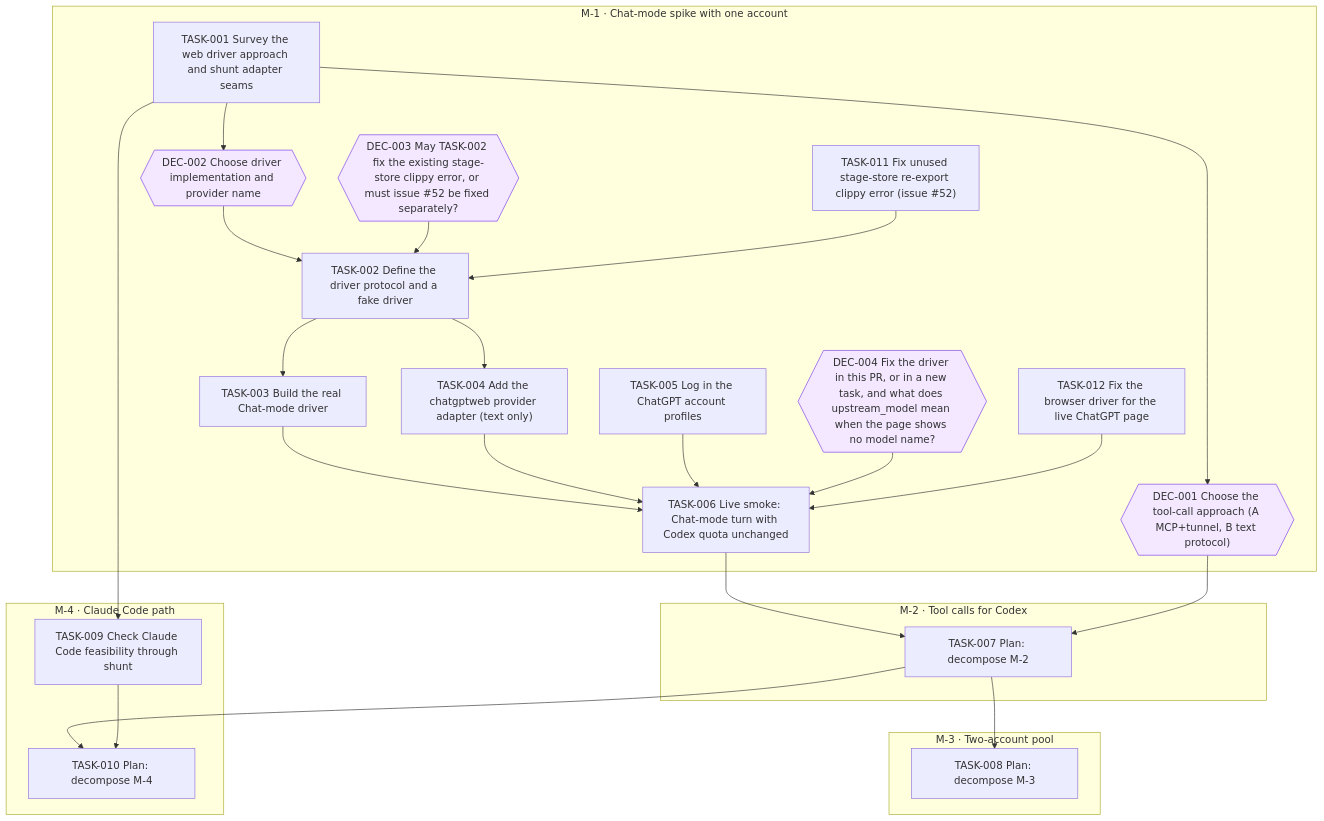
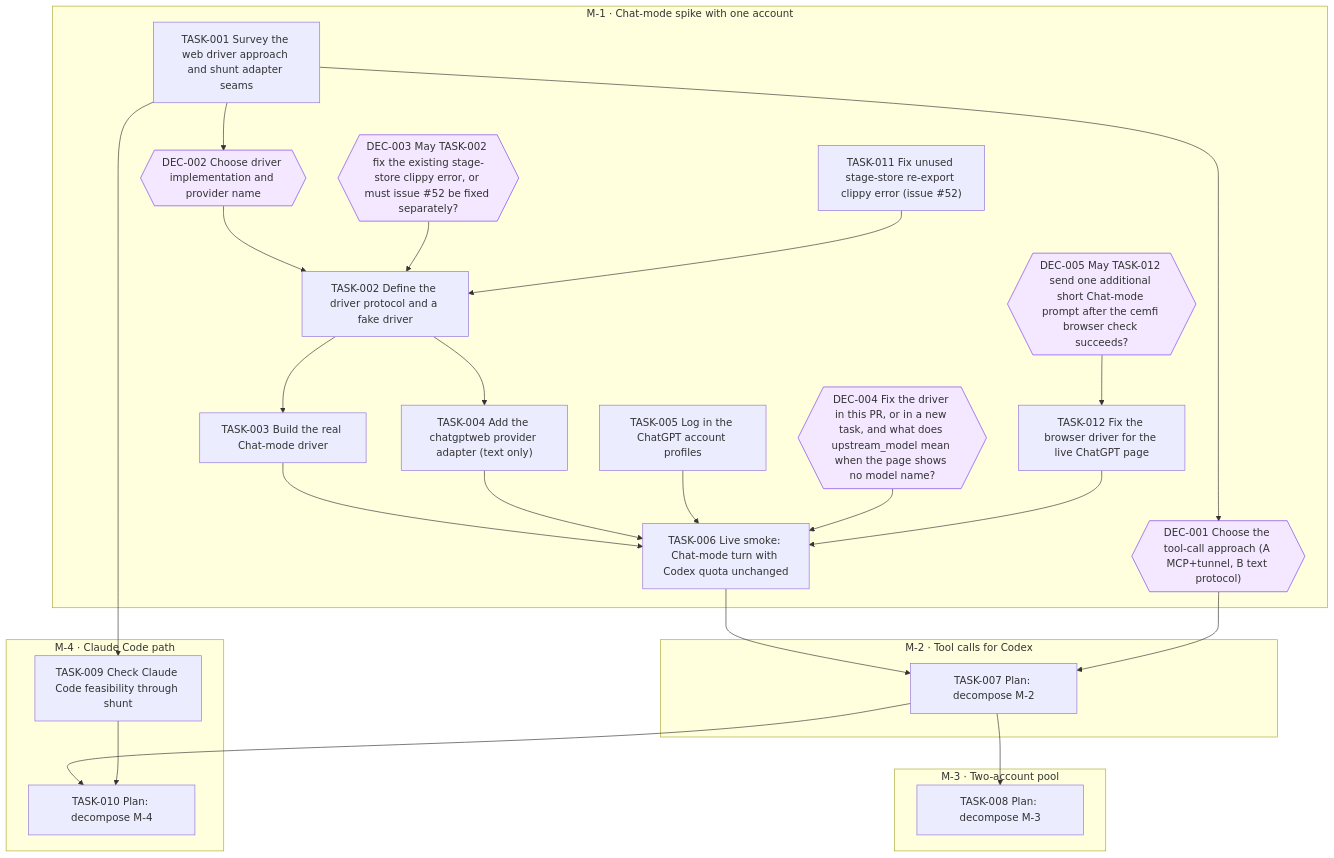
Before and after one commit to jesusvillota/shunt: the diagram in goals/chatgptweb-provider/README.md, drawn with Mermaid. The commit also changed 3 other files, not shown here.

Commit message:
goal(chatgptweb-provider): request DEC-005 from TASK-012

````diff
--- a/goals/chatgptweb-provider/README.md
+++ b/goals/chatgptweb-provider/README.md
@@ -132,52 +132,55 @@
 ```mermaid
 flowchart TD
   subgraph M_1["M-1 · Chat-mode spike with one account"]
     DEC_001{{"DEC-001 Choose the tool-call approach (A MCP+tunnel, B text protocol)"}}
     DEC_002{{"DEC-002 Choose driver implementation and provider name"}}
     DEC_003{{"DEC-003 May TASK-002 fix the existing stage-store clippy error, or must issue #52 be fixed separately?"}}
     DEC_004{{"DEC-004 Fix the driver in this PR, or in a new task, and what does upstream_model mean when the page shows no model name?"}}
+    DEC_005{{"DEC-005 May TASK-012 send one additional short Chat-mode prompt after the cemfi browser check succeeds?"}}
     TASK_001["TASK-001 Survey the web driver approach and shunt adapter seams"]
     TASK_002["TASK-002 Define the driver protocol and a fake driver"]
     TASK_003["TASK-003 Build the real Chat-mode driver"]
     TASK_004["TASK-004 Add the chatgptweb provider adapter (text only)"]
     TASK_005["TASK-005 Log in the ChatGPT account profiles"]
     TASK_006["TASK-006 Live smoke: Chat-mode turn with Codex quota unchanged"]
     TASK_011["TASK-011 Fix unused stage-store re-export clippy error (issue #52)"]
     TASK_012["TASK-012 Fix the browser driver for the live ChatGPT page"]
   end
   subgraph M_2["M-2 · Tool calls for Codex"]
     TASK_007["TASK-007 Plan: decompose M-2"]
   end
   subgraph M_3["M-3 · Two-account pool"]
     TASK_008["TASK-008 Plan: decompose M-3"]
   end
   subgraph M_4["M-4 · Claude Code path"]
     TASK_009["TASK-009 Check Claude Code feasibility through shunt"]
     TASK_010["TASK-010 Plan: decompose M-4"]
   end
   TASK_001 --> DEC_001
   TASK_001 --> DEC_002
   DEC_002 --> TASK_002
   DEC_003 --> TASK_002
   TASK_011 --> TASK_002
   TASK_002 --> TASK_003
   TASK_002 --> TASK_004
   TASK_003 --> TASK_006
   TASK_004 --> TASK_006
   TASK_005 --> TASK_006
   DEC_004 --> TASK_006
   TASK_012 --> TASK_006
   TASK_006 --> TASK_007
   DEC_001 --> TASK_007
   TASK_007 --> TASK_008
   TASK_001 --> TASK_009
   TASK_007 --> TASK_010
   TASK_009 --> TASK_010
+  DEC_005 --> TASK_012
   classDef draft stroke-dasharray: 4 3
   classDef cancelled opacity:0.45
   classDef decision fill:#f3e8ff,stroke:#7c3aed
   class DEC_001 decision
   class DEC_002 decision
   class DEC_003 decision
   class DEC_004 decision
+  class DEC_005 decision
 ```
````
